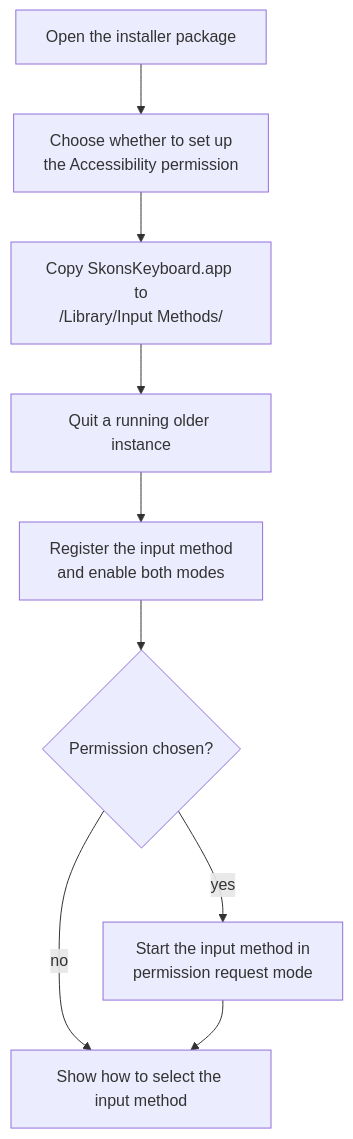
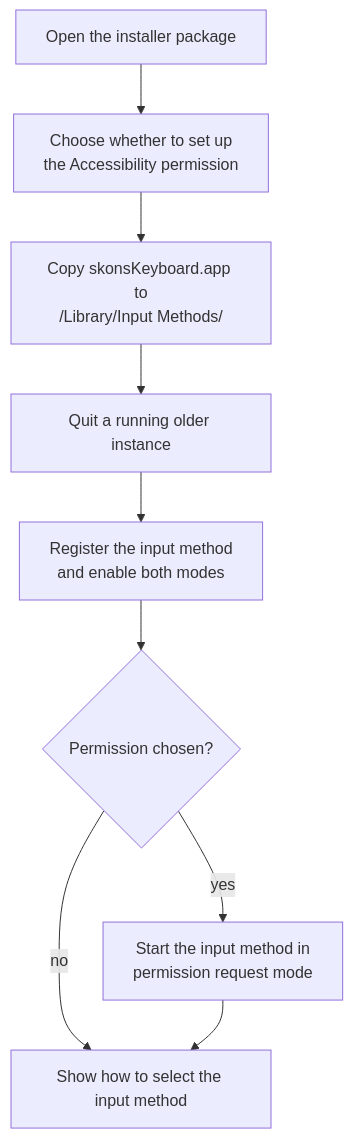
One commit to skonmeme/skons_keyboard changed the fifth of 6 diagrams in spec/STANDARD.md. Above: the diagram before and after it, drawn with Mermaid. The commit also changed other lines of this file and 1 other file, not shown here.

First line of the commit message:
Name the bundle skonsKeyboard

````diff
--- a/spec/STANDARD.md
+++ b/spec/STANDARD.md
@@ -455,11 +455,11 @@
 ```mermaid
 flowchart TD
     O["Open the installer package"] --> A["Choose whether to set up<br/>the Accessibility permission"]
-    A --> C["Copy SkonsKeyboard.app to<br/>/Library/Input Methods/"]
+    A --> C["Copy skonsKeyboard.app to<br/>/Library/Input Methods/"]
     C --> Q["Quit a running older instance"]
     Q --> R["Register the input method<br/>and enable both modes"]
     R --> P{"Permission chosen?"}
     P -- yes --> S["Start the input method in<br/>permission request mode"]
     P -- no --> E["Show how to select the input method"]
     S --> E
 ```
````
